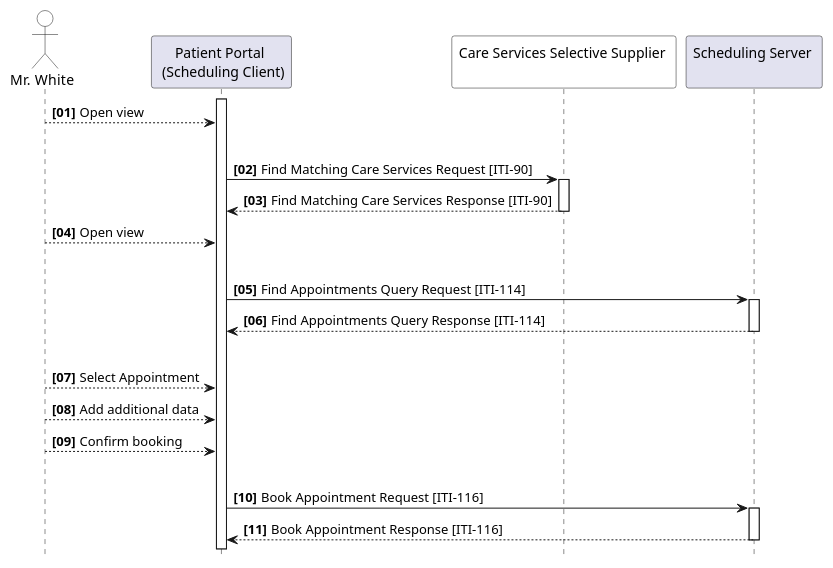
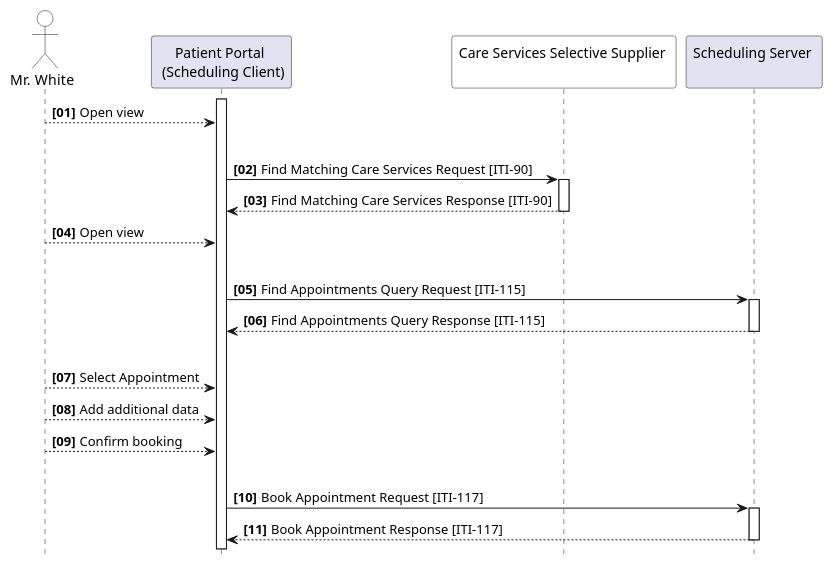
One commit to IHE/ITI.Scheduling changed the diagram in input/images-source/uc2-flow.plantuml. Above: the diagram before and after it, drawn with PlantUML. The commit also changed 12 other files, not shown here.

```diff
--- a/input/images-source/uc2-flow.plantuml
+++ b/input/images-source/uc2-flow.plantuml
@@ -1,43 +1,43 @@
 @startuml
 skinparam responseMessageBelowArrow true
 skinparam svgDimensionStyle false
 hide footbox
 
 actor "Mr. White" as User #FFFFFF
 participant "Patient Portal \n (Scheduling Client)" as RequestingActor
 participant "Care Services Selective Supplier \n" as Provider #FFFFFF
 participant "Scheduling Server \n" as RespondingActor
 
 autonumber 1 1 "<b>[00]"
 
 activate "RequestingActor"
 User --> RequestingActor: Open view
 
 |||
 RequestingActor -> Provider: Find Matching Care Services Request [ITI-90]
 activate "Provider"
 Provider --> RequestingActor: Find Matching Care Services Response [ITI-90]
 deactivate "Provider"
 
 User --> RequestingActor: Open view
 
 |||
-RequestingActor -> RespondingActor: Find Appointments Query Request [ITI-114]
+RequestingActor -> RespondingActor: Find Appointments Query Request [ITI-115]
 activate "RespondingActor"
-RespondingActor --> RequestingActor: Find Appointments Query Response [ITI-114]
+RespondingActor --> RequestingActor: Find Appointments Query Response [ITI-115]
 deactivate "RespondingActor"
 
 |||
 User --> RequestingActor: Select Appointment
 User --> RequestingActor: Add additional data
 User --> RequestingActor: Confirm booking
 
 |||
-RequestingActor -> RespondingActor: Book Appointment Request [ITI-116]
+RequestingActor -> RespondingActor: Book Appointment Request [ITI-117]
 activate "RespondingActor"
-RespondingActor --> RequestingActor: Book Appointment Response [ITI-116]
+RespondingActor --> RequestingActor: Book Appointment Response [ITI-117]
 deactivate "RespondingActor"
 
 autonumber stop
 
 @enduml
```
